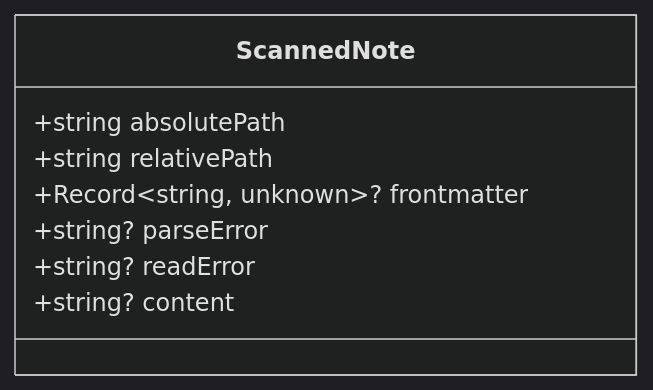
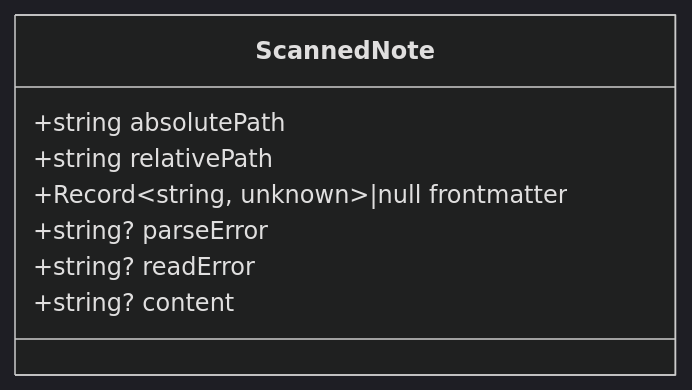
The sixth of 14 diagrams in Data Models and Types/Supporting Data Models.md (Kuldeep2822k/palee-architecture), drawn with Mermaid (dark theme) before and after one commit. The commit also changed other lines of this file and 7 other files, not shown here.

````diff
--- a/Data Models and Types/Supporting Data Models.md
+++ b/Data Models and Types/Supporting Data Models.md
@@ -194,11 +194,11 @@
 ```mermaid
 classDiagram
   class ScannedNote {
     +string absolutePath
     +string relativePath
-    +Record~string, unknown~? frontmatter
+    +Record~string, unknown~|null frontmatter
     +string? parseError
     +string? readError
     +string? content
   }
 ```
````
